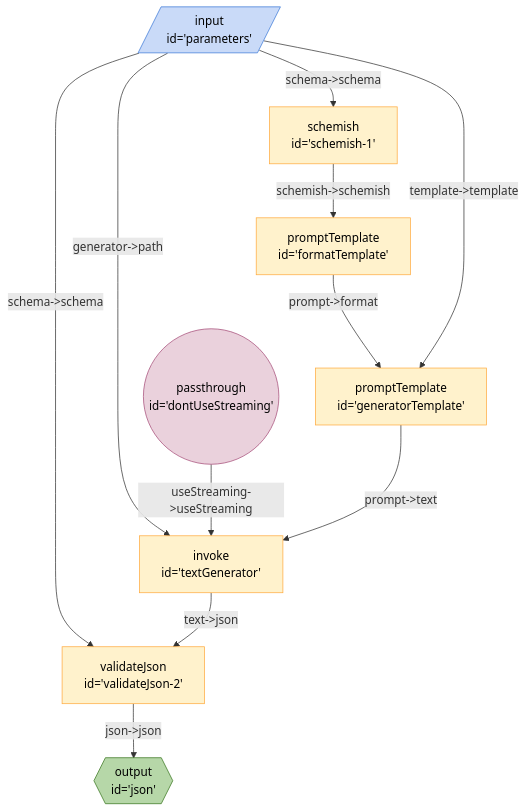
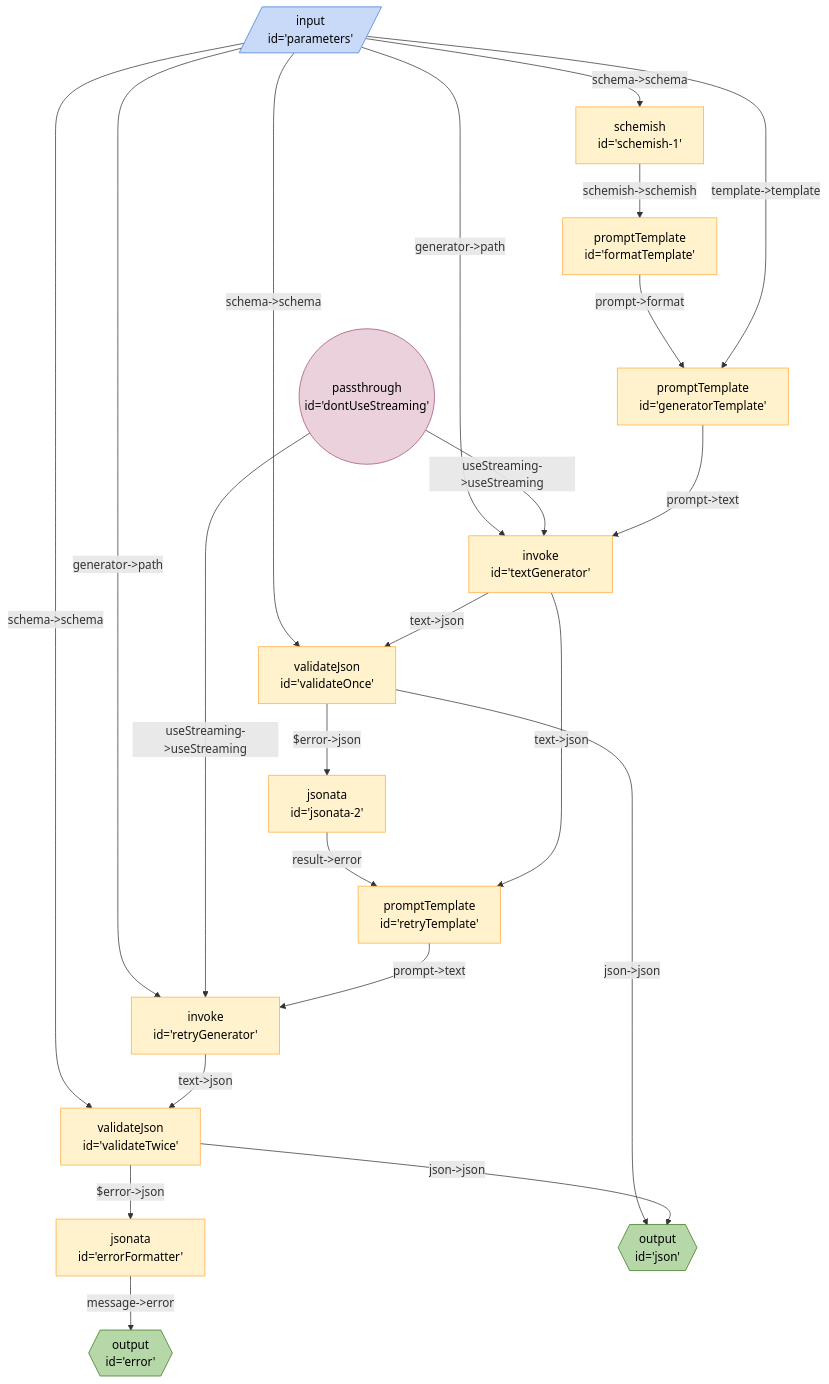
The diagram in seeds/breadboard-web/docs/graphs/json-generator.md (breadboard-ai/breadboard), drawn with Mermaid before and after one commit. The commit also changed 2 other files, not shown here.

Commit message:
[breadboard-web] Add super-naive error handling.

````diff
--- a/seeds/breadboard-web/docs/graphs/json-generator.md
+++ b/seeds/breadboard-web/docs/graphs/json-generator.md
@@ -3,22 +3,33 @@
 ```mermaid
 %%{init: 'themeVariables': { 'fontFamily': 'Fira Code, monospace' }}%%
 graph TD;
 parameters[/"input <br> id='parameters'"/]:::input -- "schema->schema" --> schemish1["schemish <br> id='schemish-1'"]
 schemish1["schemish <br> id='schemish-1'"] -- "schemish->schemish" --> formatTemplate["promptTemplate <br> id='formatTemplate'"]
 formatTemplate["promptTemplate <br> id='formatTemplate'"] -- "prompt->format" --> generatorTemplate["promptTemplate <br> id='generatorTemplate'"]
 parameters[/"input <br> id='parameters'"/]:::input -- "generator->path" --> textGenerator["invoke <br> id='textGenerator'"]
 dontUseStreaming(("passthrough <br> id='dontUseStreaming'")):::passthrough -- "useStreaming->useStreaming" --> textGenerator["invoke <br> id='textGenerator'"]
-parameters[/"input <br> id='parameters'"/]:::input -- "schema->schema" --> validateJson2["validateJson <br> id='validateJson-2'"]
-validateJson2["validateJson <br> id='validateJson-2'"] -- "json->json" --> json{{"output <br> id='json'"}}:::output
-textGenerator["invoke <br> id='textGenerator'"] -- "text->json" --> validateJson2["validateJson <br> id='validateJson-2'"]
+parameters[/"input <br> id='parameters'"/]:::input -- "schema->schema" --> validateOnce["validateJson <br> id='validateOnce'"]
+parameters[/"input <br> id='parameters'"/]:::input -- "schema->schema" --> validateTwice["validateJson <br> id='validateTwice'"]
+errorFormatter["jsonata <br> id='errorFormatter'"] -- "message->error" --> error{{"output <br> id='error'"}}:::output
+parameters[/"input <br> id='parameters'"/]:::input -- "generator->path" --> retryGenerator["invoke <br> id='retryGenerator'"]
+dontUseStreaming(("passthrough <br> id='dontUseStreaming'")):::passthrough -- "useStreaming->useStreaming" --> retryGenerator["invoke <br> id='retryGenerator'"]
+validateOnce["validateJson <br> id='validateOnce'"] -- "json->json" --> json{{"output <br> id='json'"}}:::output
+validateTwice["validateJson <br> id='validateTwice'"] -- "json->json" --> json{{"output <br> id='json'"}}:::output
+validateTwice["validateJson <br> id='validateTwice'"] -- "$error->json" --> errorFormatter["jsonata <br> id='errorFormatter'"]
+retryGenerator["invoke <br> id='retryGenerator'"] -- "text->json" --> validateTwice["validateJson <br> id='validateTwice'"]
+retryTemplate["promptTemplate <br> id='retryTemplate'"] -- "prompt->text" --> retryGenerator["invoke <br> id='retryGenerator'"]
+jsonata2["jsonata <br> id='jsonata-2'"] -- "result->error" --> retryTemplate["promptTemplate <br> id='retryTemplate'"]
+validateOnce["validateJson <br> id='validateOnce'"] -- "$error->json" --> jsonata2["jsonata <br> id='jsonata-2'"]
+textGenerator["invoke <br> id='textGenerator'"] -- "text->json" --> validateOnce["validateJson <br> id='validateOnce'"]
+textGenerator["invoke <br> id='textGenerator'"] -- "text->json" --> retryTemplate["promptTemplate <br> id='retryTemplate'"]
 generatorTemplate["promptTemplate <br> id='generatorTemplate'"] -- "prompt->text" --> textGenerator["invoke <br> id='textGenerator'"]
 parameters[/"input <br> id='parameters'"/]:::input -- "template->template" --> generatorTemplate["promptTemplate <br> id='generatorTemplate'"]
 classDef default stroke:#ffab40,fill:#fff2ccff,color:#000
 classDef input stroke:#3c78d8,fill:#c9daf8ff,color:#000
 classDef output stroke:#38761d,fill:#b6d7a8ff,color:#000
 classDef passthrough stroke:#a64d79,fill:#ead1dcff,color:#000
 classDef slot stroke:#a64d79,fill:#ead1dcff,color:#000
 classDef config stroke:#a64d79,fill:#ead1dcff,color:#000
 classDef secrets stroke:#db4437,fill:#f4cccc,color:#000
 classDef slotted stroke:#a64d79
 ```
````
